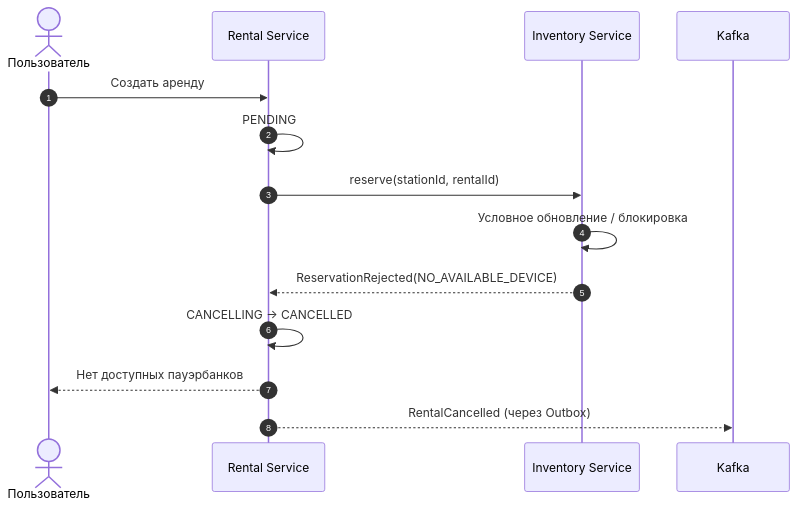
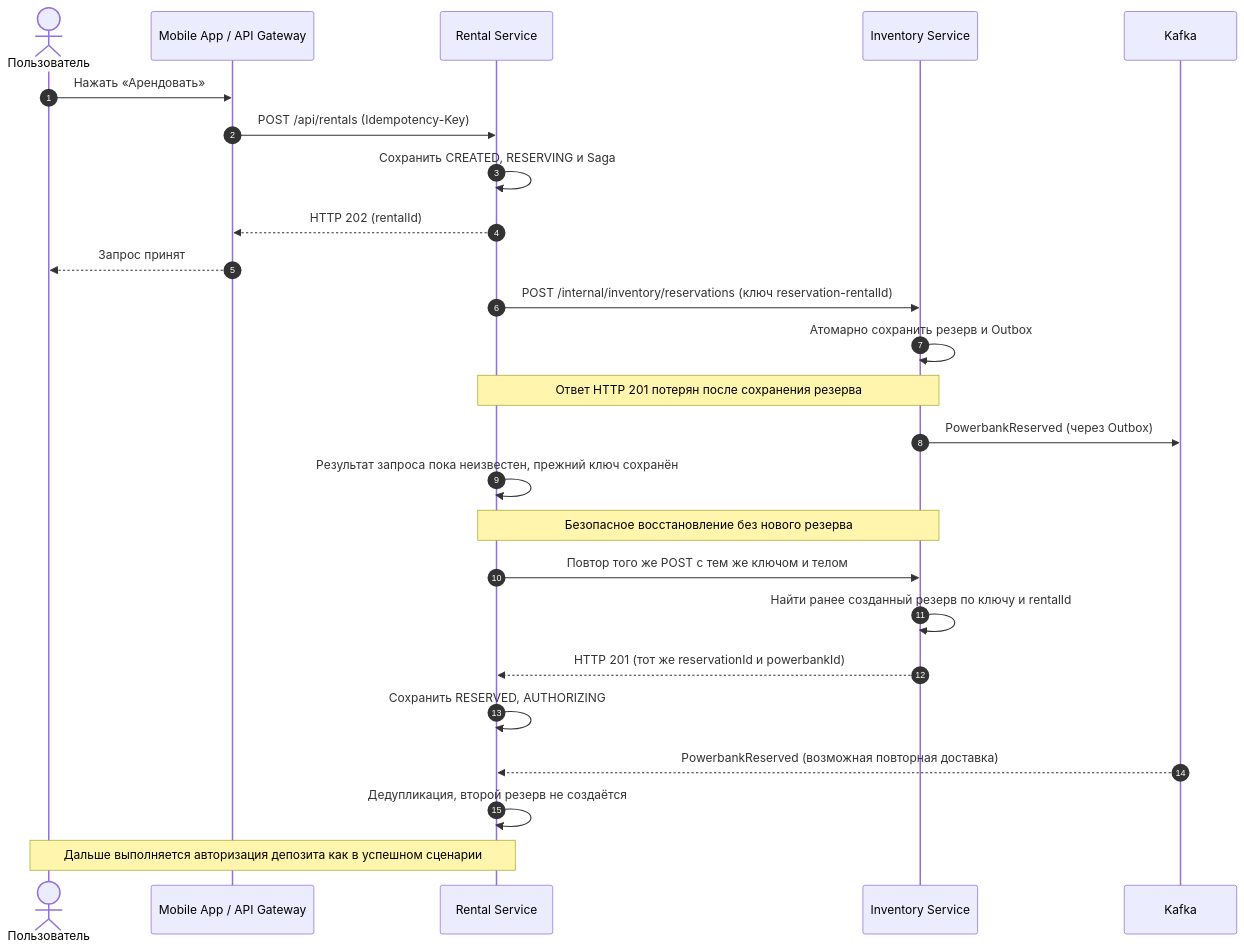
Before and after one commit to mariednsk/powerbank-rental: the third of 5 diagrams in docs/process.md, drawn with Mermaid. The commit also changed other lines of this file, not shown here.

````diff
--- a/docs/process.md
+++ b/docs/process.md
@@ -128,17 +207,30 @@
 ```mermaid
 sequenceDiagram
     autonumber
     actor U as Пользователь
+    participant C as Mobile App / API Gateway
     participant R as Rental Service
     participant I as Inventory Service
     participant K as Kafka
 
-    U->>R: Создать аренду
-    R->>R: PENDING
-    R->>I: reserve(stationId, rentalId)
-    I->>I: Условное обновление / блокировка
-    I-->>R: ReservationRejected(NO_AVAILABLE_DEVICE)
-    R->>R: CANCELLING → CANCELLED
-    R-->>U: Нет доступных пауэрбанков
-    R-->>K: RentalCancelled (через Outbox)
+    U->>C: Нажать «Арендовать»
+    C->>R: POST /api/rentals (Idempotency-Key)
+    R->>R: Сохранить CREATED, RESERVING и Saga
+    R-->>C: HTTP 202 (rentalId)
+    C-->>U: Запрос принят
+
+    R->>I: POST /internal/inventory/reservations (ключ reservation-rentalId)
+    I->>I: Атомарно сохранить резерв и Outbox
+    Note over I,R: Ответ HTTP 201 потерян после сохранения резерва
+    I->>K: PowerbankReserved (через Outbox)
+    R->>R: Результат запроса пока неизвестен, прежний ключ сохранён
+
+    Note over R,I: Безопасное восстановление без нового резерва
+    R->>I: Повтор того же POST с тем же ключом и телом
+    I->>I: Найти ранее созданный резерв по ключу и rentalId
+    I-->>R: HTTP 201 (тот же reservationId и powerbankId)
+    R->>R: Сохранить RESERVED, AUTHORIZING
+    K-->>R: PowerbankReserved (возможная повторная доставка)
+    R->>R: Дедупликация, второй резерв не создаётся
+    Note over R,U: Дальше выполняется авторизация депозита как в успешном сценарии
 ```
````
